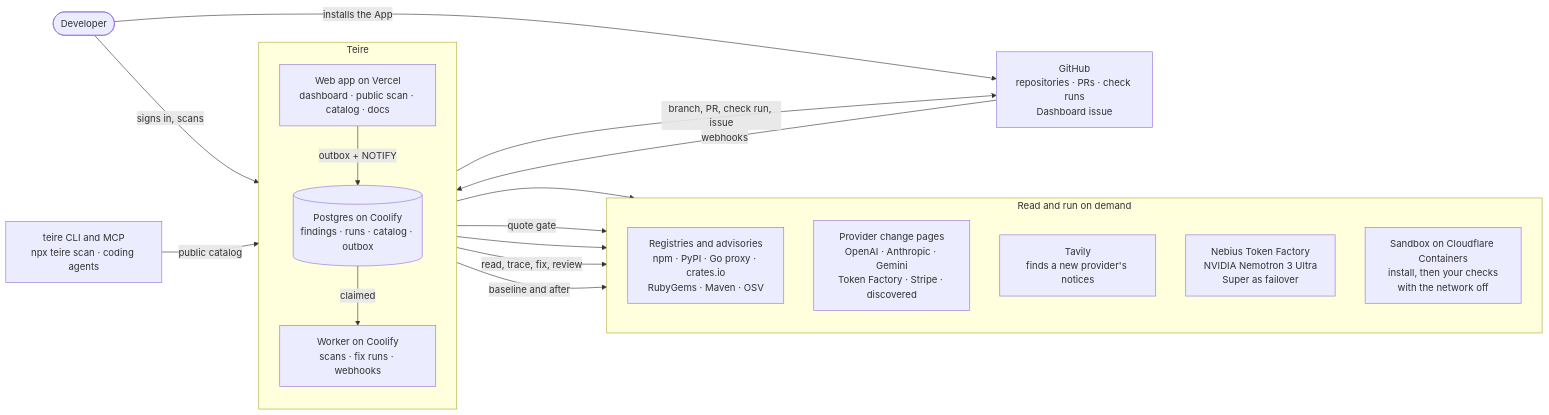
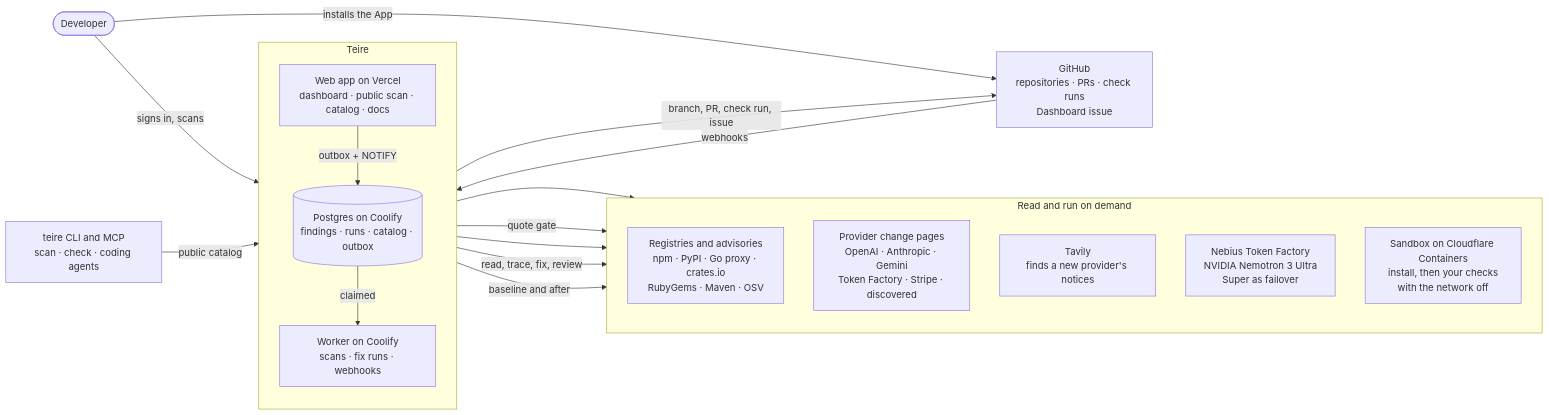
Before and after one commit to teire-dev/teire: the diagram in .github/diagrams/readme-system.mmd, drawn with Mermaid. The commit also changed 34 other files, not shown here.

```diff
--- a/.github/diagrams/readme-system.mmd
+++ b/.github/diagrams/readme-system.mmd
@@ -1,31 +1,31 @@
 flowchart LR
   dev([Developer])
-  cli["teire CLI and MCP<br/>npx teire scan · coding agents"]
+  cli["teire CLI and MCP<br/>scan · check · coding agents"]
   gh["GitHub<br/>repositories · PRs · check runs<br/>Dashboard issue"]
   subgraph teire["Teire"]
     direction TB
     web["Web app on Vercel<br/>dashboard · public scan · catalog · docs"]
     db[("Postgres on Coolify<br/>findings · runs · catalog · outbox")]
     worker["Worker on Coolify<br/>scans · fix runs · webhooks"]
     web -->|"outbox + NOTIFY"| db
     db -->|claimed| worker
   end
   subgraph out["Read and run on demand"]
     direction TB
     reg["Registries and advisories<br/>npm · PyPI · Go proxy · crates.io<br/>RubyGems · Maven · OSV"]
     pages["Provider change pages<br/>OpenAI · Anthropic · Gemini<br/>Token Factory · Stripe · discovered"]
     tavily["Tavily<br/>finds a new provider's notices"]
     tf["Nebius Token Factory<br/>NVIDIA Nemotron 3 Ultra<br/>Super as failover"]
     sandbox["Sandbox on Cloudflare Containers<br/>install, then your checks<br/>with the network off"]
   end
 
   dev -->|installs the App| gh
   dev -->|signs in, scans| web
   cli -->|public catalog| web
   gh -->|webhooks| web
   worker -->|"branch, PR, check run, issue"| gh
   worker --> reg
   worker -->|quote gate| pages
   worker --> tavily
   worker -->|"read, trace, fix, review"| tf
   worker -->|baseline and after| sandbox
```
